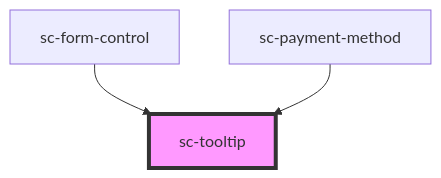
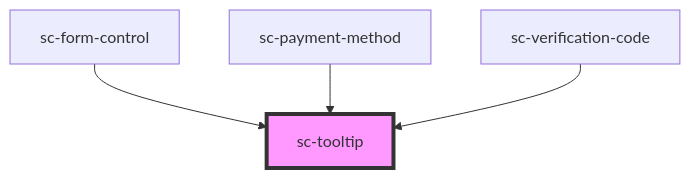
The diagram in packages/components/src/components/ui/tooltip/readme.md (surecart/surecart-wp-plugin), drawn with Mermaid before and after one commit. The commit also changed other lines of this file and 14 other files, not shown here.

````diff
--- a/packages/components/src/components/ui/tooltip/readme.md
+++ b/packages/components/src/components/ui/tooltip/readme.md
@@ -36,6 +37,7 @@
 ```mermaid
 graph TD;
   sc-form-control --> sc-tooltip
   sc-payment-method --> sc-tooltip
+  sc-verification-code --> sc-tooltip
   style sc-tooltip fill:#f9f,stroke:#333,stroke-width:4px
 ```
````
